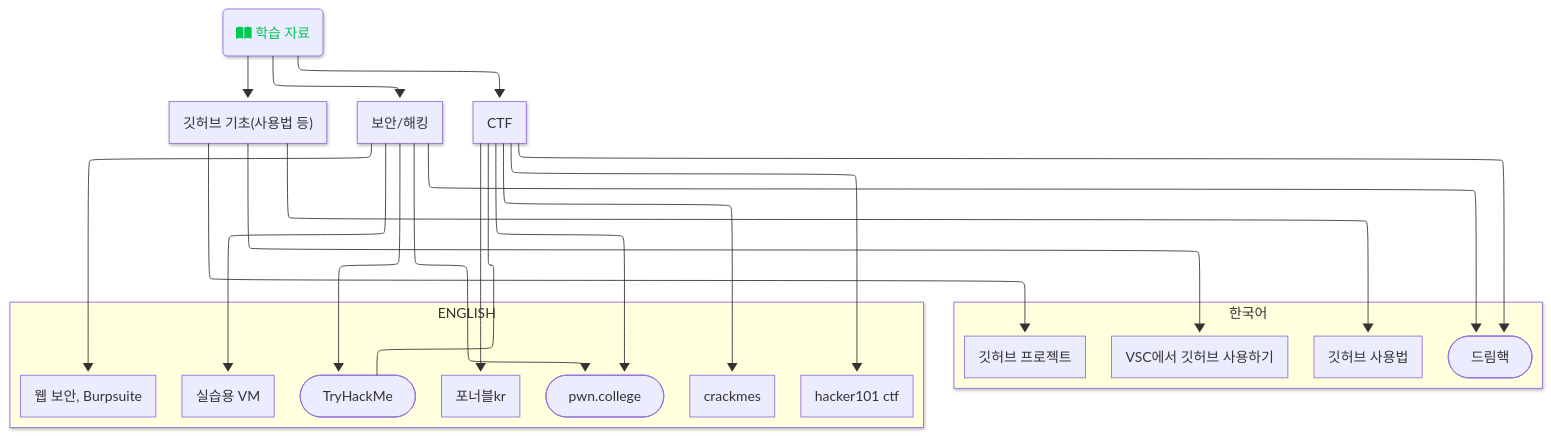
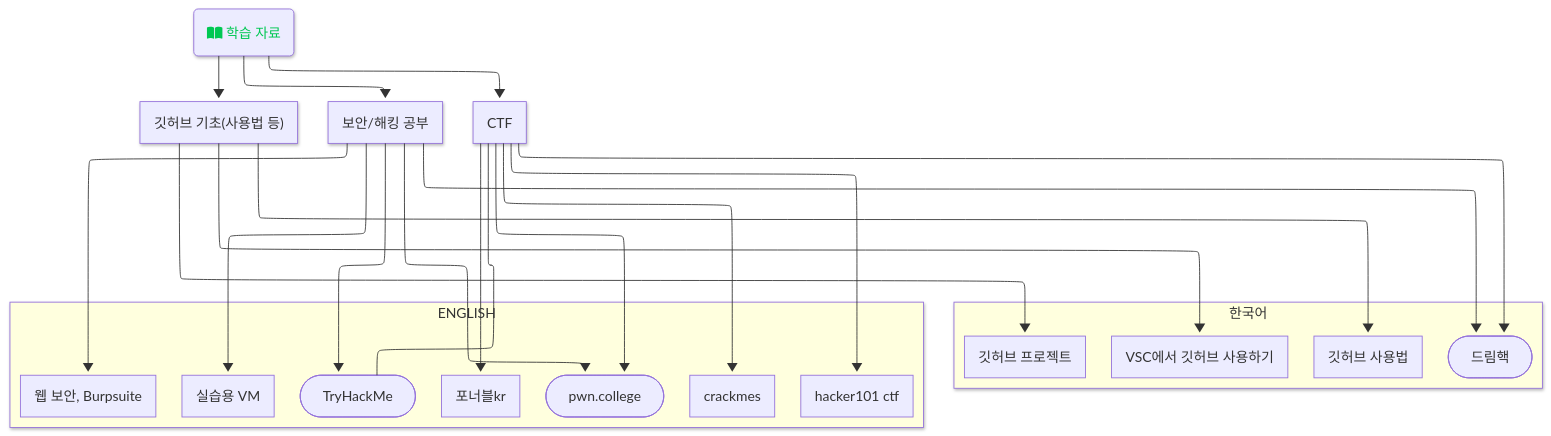
One commit to JinnyLyn/BUFS_S-BitUnited_Worm changed the diagram in README.md. Above: the diagram before and after it, drawn with Mermaid. The commit also changed other lines of this file, not shown here.

````diff
--- a/README.md
+++ b/README.md
@@ -79,41 +75,41 @@
 ```mermaid
 ---
 config:
   layout: elk
   look: neo
 ---
 flowchart TD
  subgraph s1["한국어"]
         n5["VSC에서 깃허브 사용하기"]
         n4["깃허브 사용법"]
         n6["깃허브 프로젝트"]
         n9(["드림핵"])
   end
  subgraph s2["ENGLISH"]
         n11["crackmes"]
         n13["포너블kr"]
         n14["hacker101 ctf"]
         n10(["pwn.college"])
         n12(["TryHackMe"])
         n7["웹 보안, Burpsuite"]
         n8["실습용 VM"]
   end
-    A("fa:fa-book-open 학습 자료") --> n1["깃허브 기초(사용법 등)"] & n2["보안/해킹"] & n3["CTF"]
+    A("fa:fa-book-open 학습 자료") --> n1["깃허브 기초(사용법 등)"] & n2["보안/해킹 공부"] & n3["CTF"]
     n1 --> n4 & n5 & n6
     n2 --> n7 & n8 & n9 & n10 & n12
     n3 --> n9 & n10 & n11 & n13 & n14
     n3 --- n12
     style A color:#00C853
     click n5 "https://ossam5.tistory.com/169"
     click n4 "https://devyihyun.tistory.com/30"
     click n6 "https://musma.github.io/2023/08/03/github-projects.html#github-projects-%EB%B7%B0-%EC%B6%94%EA%B0%80"
     click n9 "dreamhack.io"
     click n11 "https://crackmes.one/"
     click n13 "pwnable.kr"
     click n14 "https://ctf.hacker101.com/"
     click n10 "https://pwn.college/"
     click n12 "https://tryhackme.com/"
     click n7 "https://portswigger.net/web-security/dashboard"
     click n8 "https://www.vulnhub.com/"
 
 ```
````
